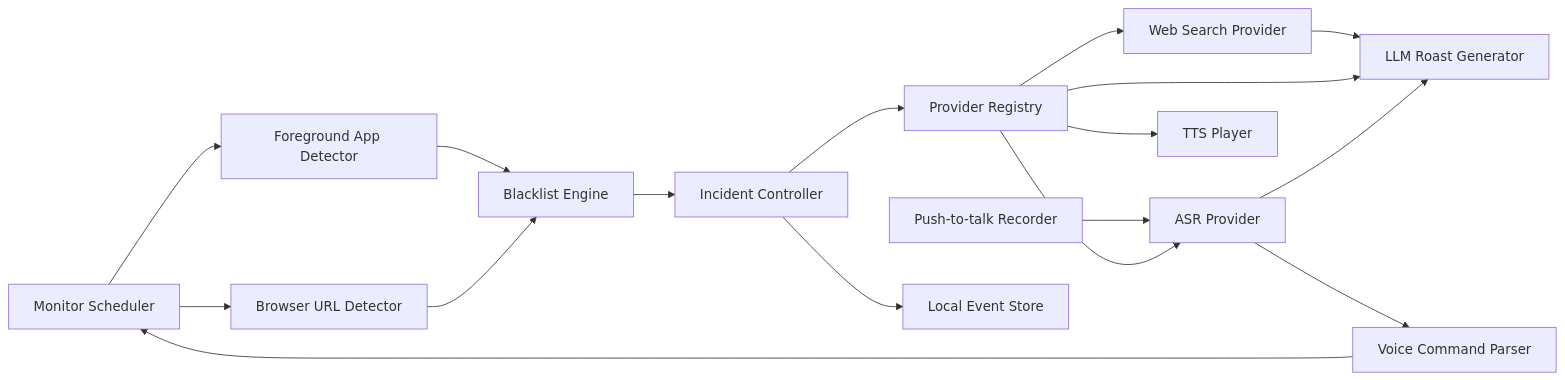
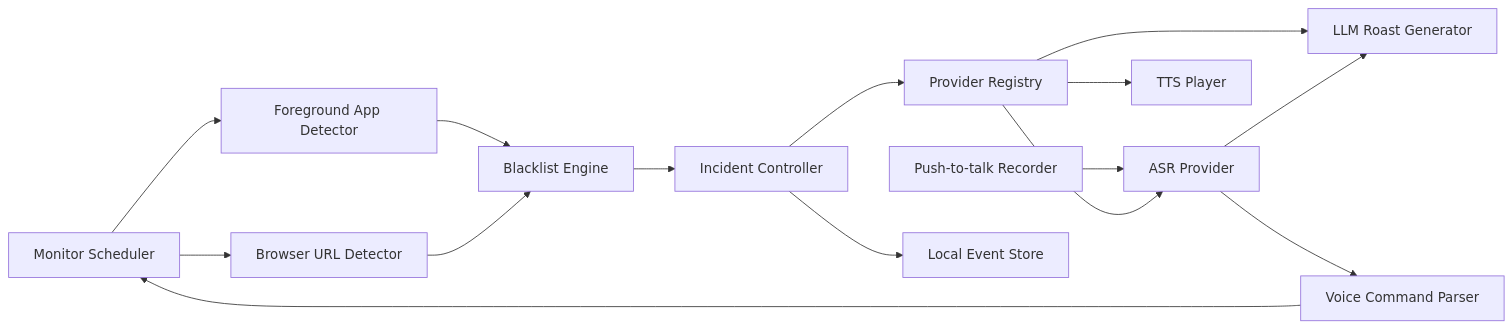
Before and after one commit to FerryCorleone/Hunter: the diagram in docs/PRD.md, drawn with Mermaid. The commit also changed other lines of this file and 50 other files, not shown here.

````diff
--- a/docs/PRD.md
+++ b/docs/PRD.md
@@ -450,19 +459,17 @@
 ```mermaid
 flowchart LR
   A["Monitor Scheduler"] --> B["Foreground App Detector"]
   A --> C["Browser URL Detector"]
   B --> D["Blacklist Engine"]
   C --> D
   I["Push-to-talk Recorder"] --> J["ASR Provider"]
   J --> Q["Voice Command Parser"]
   Q --> A
   D --> E["Incident Controller"]
   E --> P["Provider Registry"]
-  P --> S["Web Search Provider"]
-  S --> F
   P --> F["LLM Roast Generator"]
   P --> G["TTS Player"]
   E --> H["Local Event Store"]
   P --> J
   J --> F
 ```
````
